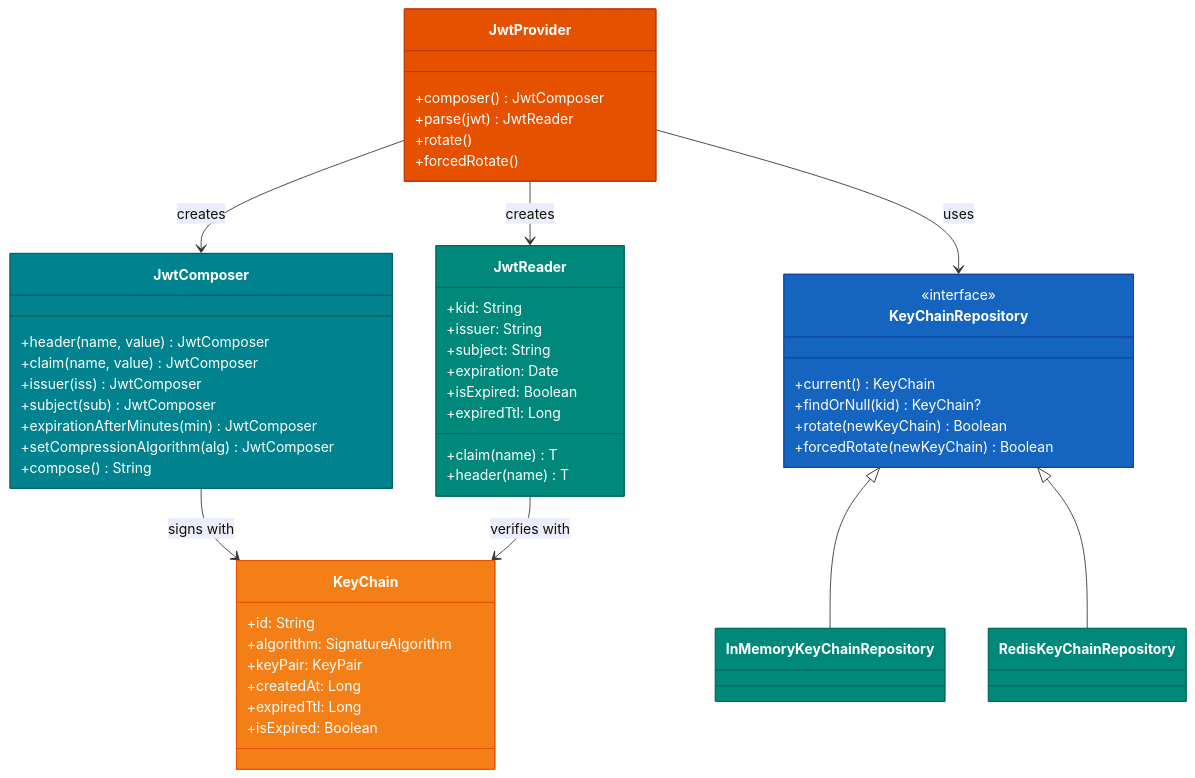
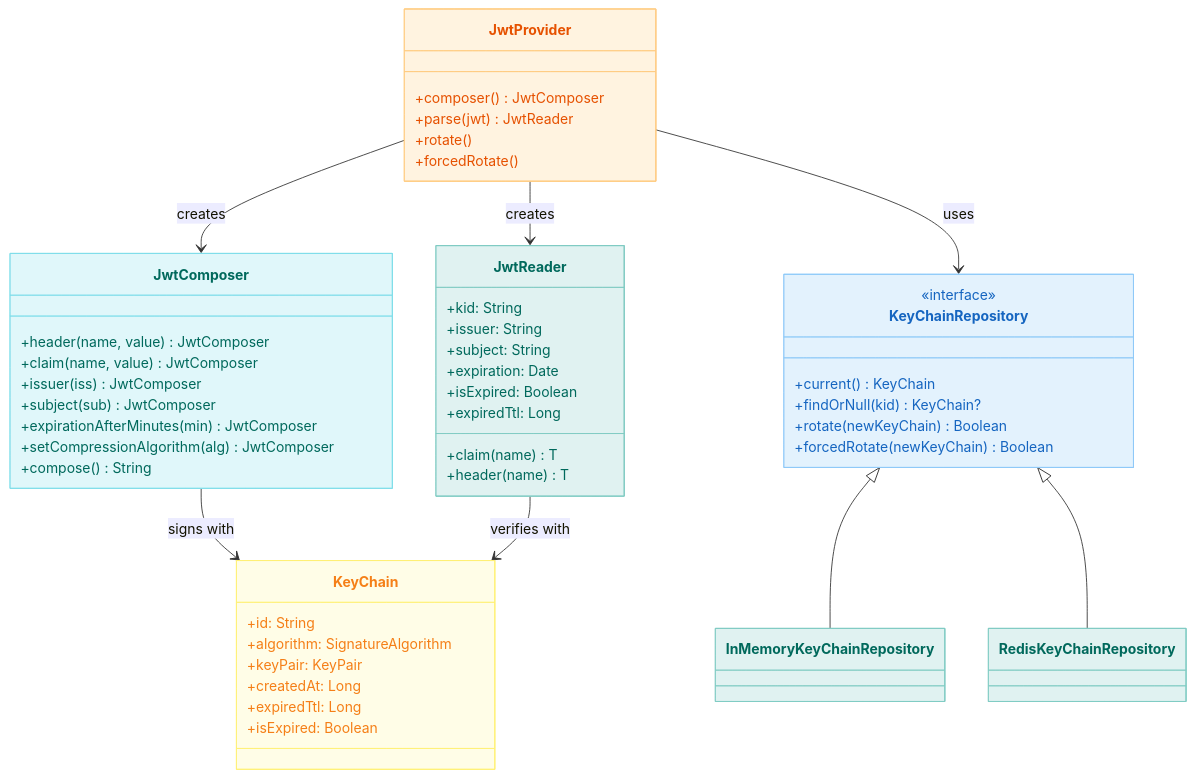
The second of 2 diagrams in utils/jwt/README.ko.md (bluetape4k/bluetape4k-projects), drawn with Mermaid before and after one commit. The commit also changed other lines of this file and 219 other files, not shown here.

First line of the commit message:
docs: 전체 README Mermaid 다이어그램 가이드 적용

````diff
--- a/utils/jwt/README.ko.md
+++ b/utils/jwt/README.ko.md
@@ -65,61 +65,61 @@
 ```mermaid
 classDiagram
     class JwtProvider {
         +composer() JwtComposer
         +parse(jwt) JwtReader
         +rotate()
         +forcedRotate()
     }
     class JwtComposer {
         +header(name, value) JwtComposer
         +claim(name, value) JwtComposer
         +issuer(iss) JwtComposer
         +subject(sub) JwtComposer
         +expirationAfterMinutes(min) JwtComposer
         +setCompressionAlgorithm(alg) JwtComposer
         +compose() String
     }
     class JwtReader {
         +kid: String
         +issuer: String
         +subject: String
         +expiration: Date
         +isExpired: Boolean
         +expiredTtl: Long
         +claim(name) T
         +header(name) T
     }
     class KeyChain {
         +id: String
         +algorithm: SignatureAlgorithm
         +keyPair: KeyPair
         +createdAt: Long
         +expiredTtl: Long
         +isExpired: Boolean
     }
     class KeyChainRepository {
         <<interface>>
         +current() KeyChain
         +findOrNull(kid) KeyChain?
         +rotate(newKeyChain) Boolean
         +forcedRotate(newKeyChain) Boolean
     }
     class InMemoryKeyChainRepository
     class RedisKeyChainRepository
 
     JwtProvider --> JwtComposer : creates
     JwtProvider --> JwtReader : creates
     JwtProvider --> KeyChainRepository : uses
     JwtComposer --> KeyChain : signs with
     JwtReader --> KeyChain : verifies with
     KeyChainRepository <|-- InMemoryKeyChainRepository
     KeyChainRepository <|-- RedisKeyChainRepository
 
-    style JwtProvider fill:#E65100,stroke:#BF360C,color:#FFFFFF
-    style JwtComposer fill:#00838F,stroke:#006064,color:#FFFFFF
-    style JwtReader fill:#00897B,stroke:#00695C,color:#FFFFFF
-    style KeyChain fill:#F57F17,stroke:#E65100,color:#FFFFFF
-    style KeyChainRepository fill:#1565C0,stroke:#0D47A1,color:#FFFFFF
-    style InMemoryKeyChainRepository fill:#00897B,stroke:#00695C,color:#FFFFFF
-    style RedisKeyChainRepository fill:#00897B,stroke:#00695C,color:#FFFFFF
+    style JwtProvider fill:#FFF3E0,stroke:#FFCC80,color:#E65100
+    style JwtComposer fill:#E0F7FA,stroke:#80DEEA,color:#00695C
+    style JwtReader fill:#E0F2F1,stroke:#80CBC4,color:#00695C
+    style KeyChain fill:#FFFDE7,stroke:#FFF176,color:#F57F17
+    style KeyChainRepository fill:#E3F2FD,stroke:#90CAF9,color:#1565C0
+    style InMemoryKeyChainRepository fill:#E0F2F1,stroke:#80CBC4,color:#00695C
+    style RedisKeyChainRepository fill:#E0F2F1,stroke:#80CBC4,color:#00695C
 ```
````
